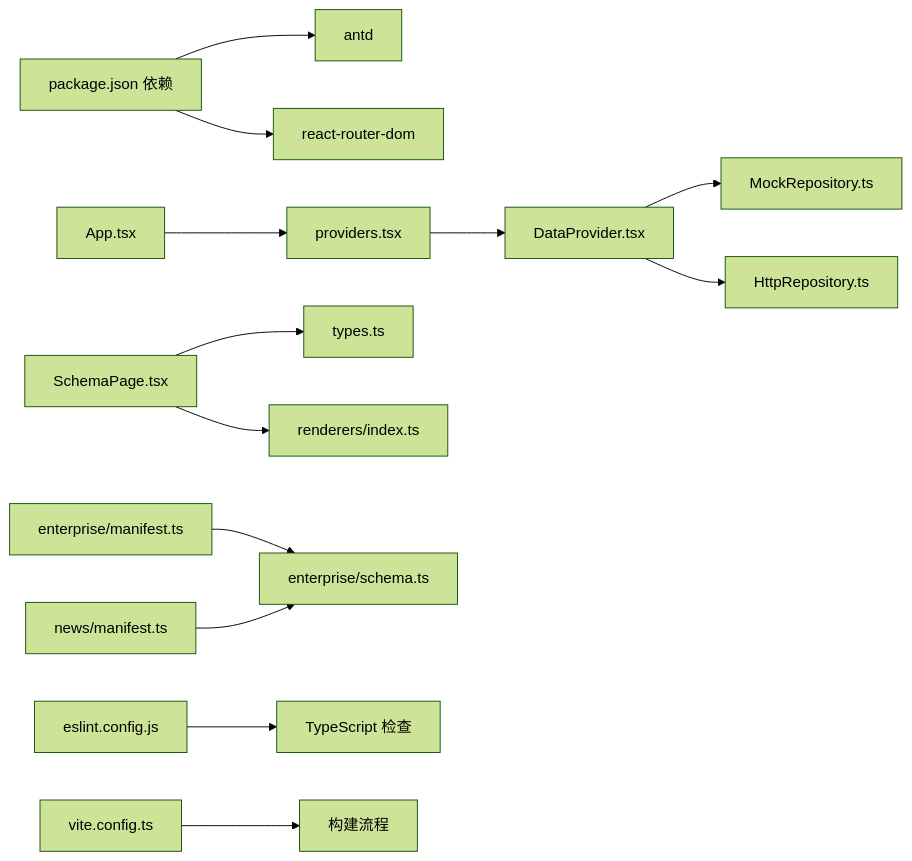
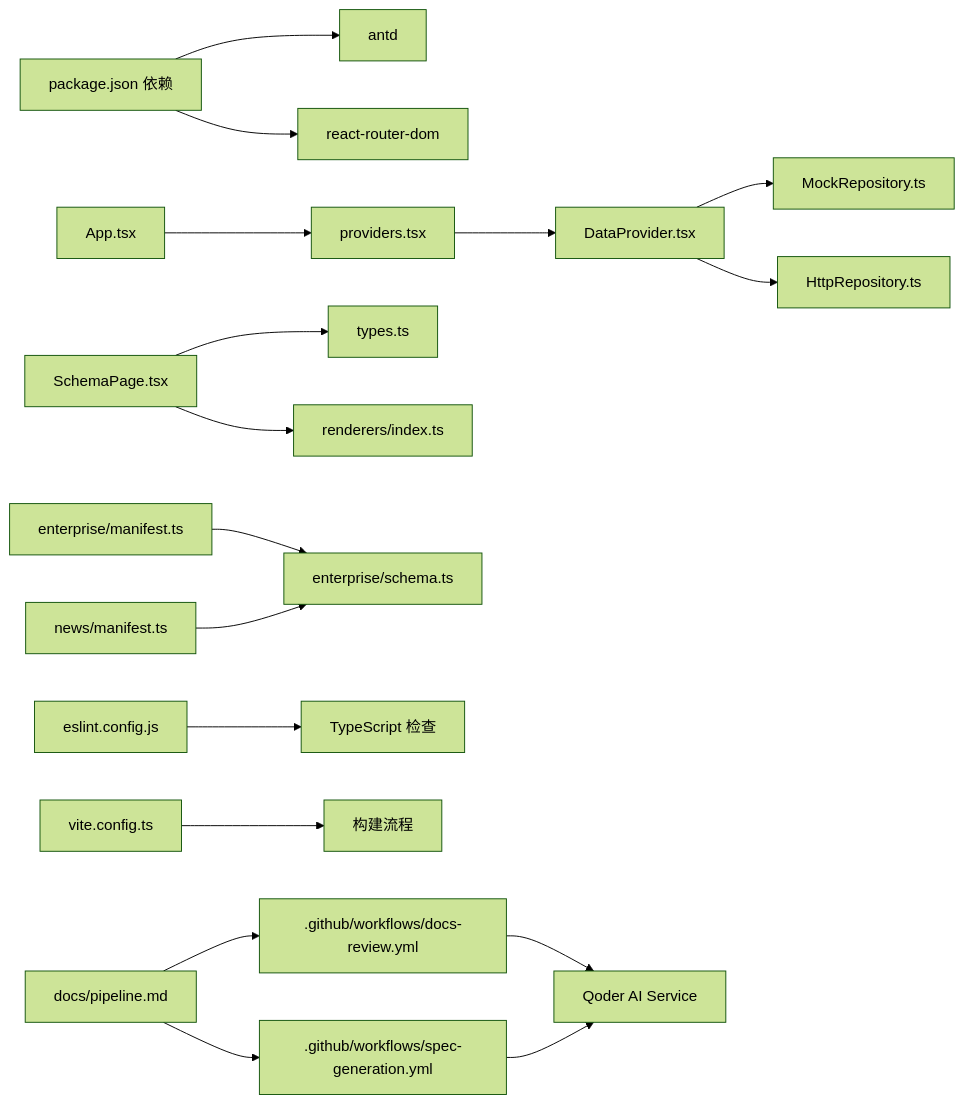
One commit to Seiano/hj-admin changed the ninth of 9 diagrams in .qoder/repowiki/zh/content/开发指南/开发指南.md. Above: the diagram before and after it, drawn with Mermaid (forest theme). The commit also changed other lines of this file and 6 other files, not shown here.

First line of the commit message:
fix: pass issue body directly to Qoder in workflows

````diff
--- a/.qoder/repowiki/zh/content/开发指南/开发指南.md
+++ b/.qoder/repowiki/zh/content/开发指南/开发指南.md
@@ -556,15 +787,19 @@
 ```mermaid
 graph LR
 Pkg["package.json 依赖"] --> Antd["antd"]
 Pkg --> RR["react-router-dom"]
 App["App.tsx"] --> Prov["providers.tsx"]
 Prov --> DP["DataProvider.tsx"]
 DP --> MR["MockRepository.ts"]
 DP --> HR["HttpRepository.ts"]
 SP["SchemaPage.tsx"] --> Types["types.ts"]
 SP --> Ren["renderers/index.ts"]
 EntM["enterprise/manifest.ts"] --> EntS["enterprise/schema.ts"]
 NewsM["news/manifest.ts"] --> EntS
 ESLint["eslint.config.js"] --> TS["TypeScript 检查"]
 Vite["vite.config.ts"] --> Build["构建流程"]
+Pipeline["docs/pipeline.md"] --> DocsReview[".github/workflows/docs-review.yml"]
+Pipeline --> SpecGen[".github/workflows/spec-generation.yml"]
+DocsReview --> Qoder["Qoder AI Service"]
+SpecGen --> Qoder
 ```
````
